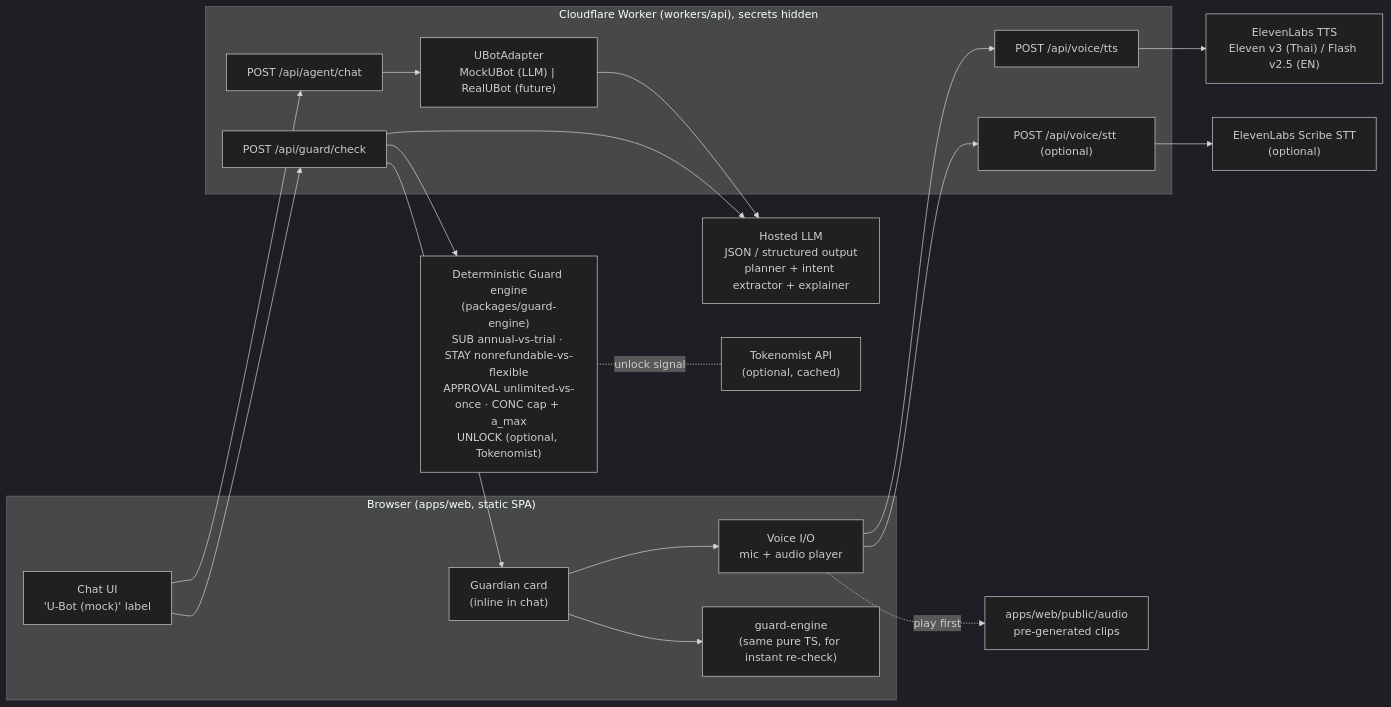
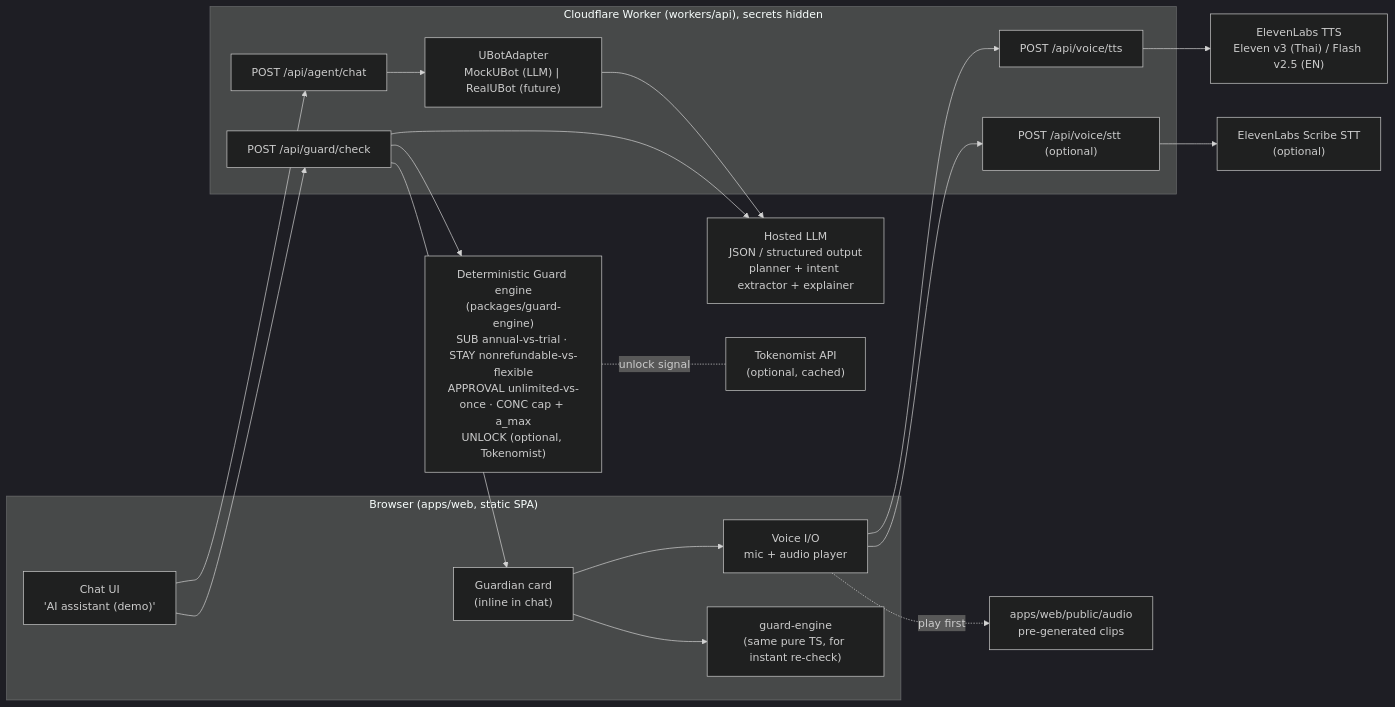
The first of 2 diagrams in docs/ARCHITECTURE.md (WellGr8/TopiaPause), drawn with Mermaid (dark theme) before and after one commit. The commit also changed other lines of this file and 34 other files, not shown here.

````diff
--- a/docs/ARCHITECTURE.md
+++ b/docs/ARCHITECTURE.md
@@ -35,34 +35,34 @@
 ```mermaid
 flowchart LR
   subgraph B["Browser (apps/web, static SPA)"]
-    UI["Chat UI<br/>'U-Bot (mock)' label"]
+    UI["Chat UI<br/>'AI assistant (demo)'"]
     GC["Guardian card<br/>(inline in chat)"]
     VO["Voice I/O<br/>mic + audio player"]
     GE1["guard-engine<br/>(same pure TS, for instant re-check)"]
   end
   subgraph W["Cloudflare Worker (workers/api), secrets hidden"]
     CHAT["POST /api/agent/chat"]
     GUARD["POST /api/guard/check"]
     TTS["POST /api/voice/tts"]
     STT["POST /api/voice/stt (optional)"]
     ADP["UBotAdapter<br/>MockUBot (LLM) | RealUBot (future)"]
   end
   LLM["Hosted LLM<br/>JSON / structured output<br/>planner + intent extractor + explainer"]
   ENG["Deterministic Guard engine<br/>(packages/guard-engine)<br/>SUB annual-vs-trial · STAY nonrefundable-vs-flexible<br/>APPROVAL unlimited-vs-once · CONC cap + a_max<br/>UNLOCK (optional, Tokenomist)"]
   EL["ElevenLabs TTS<br/>Eleven v3 (Thai) / Flash v2.5 (EN)"]
   SC["ElevenLabs Scribe STT<br/>(optional)"]
   TK["Tokenomist API<br/>(optional, cached)"]
   CLIPS["apps/web/public/audio<br/>pre-generated clips"]
 
   UI --> CHAT --> ADP --> LLM
   UI --> GUARD
   GUARD --> LLM
   GUARD --> ENG
   ENG -. "unlock signal" .- TK
   GUARD --> GC
   GC --> VO
   VO --> TTS --> EL
   VO --> STT --> SC
   VO -. "play first" .-> CLIPS
   GC --> GE1
 ```
````
